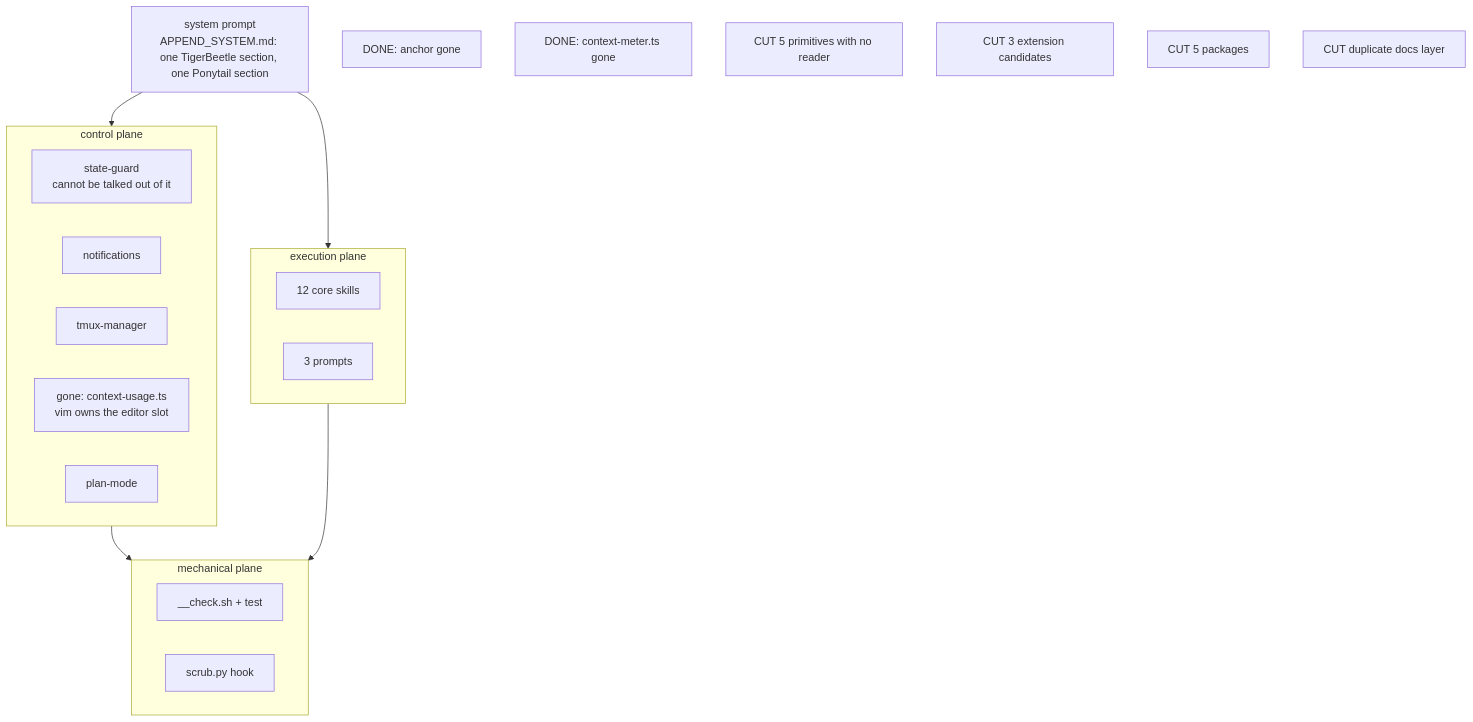
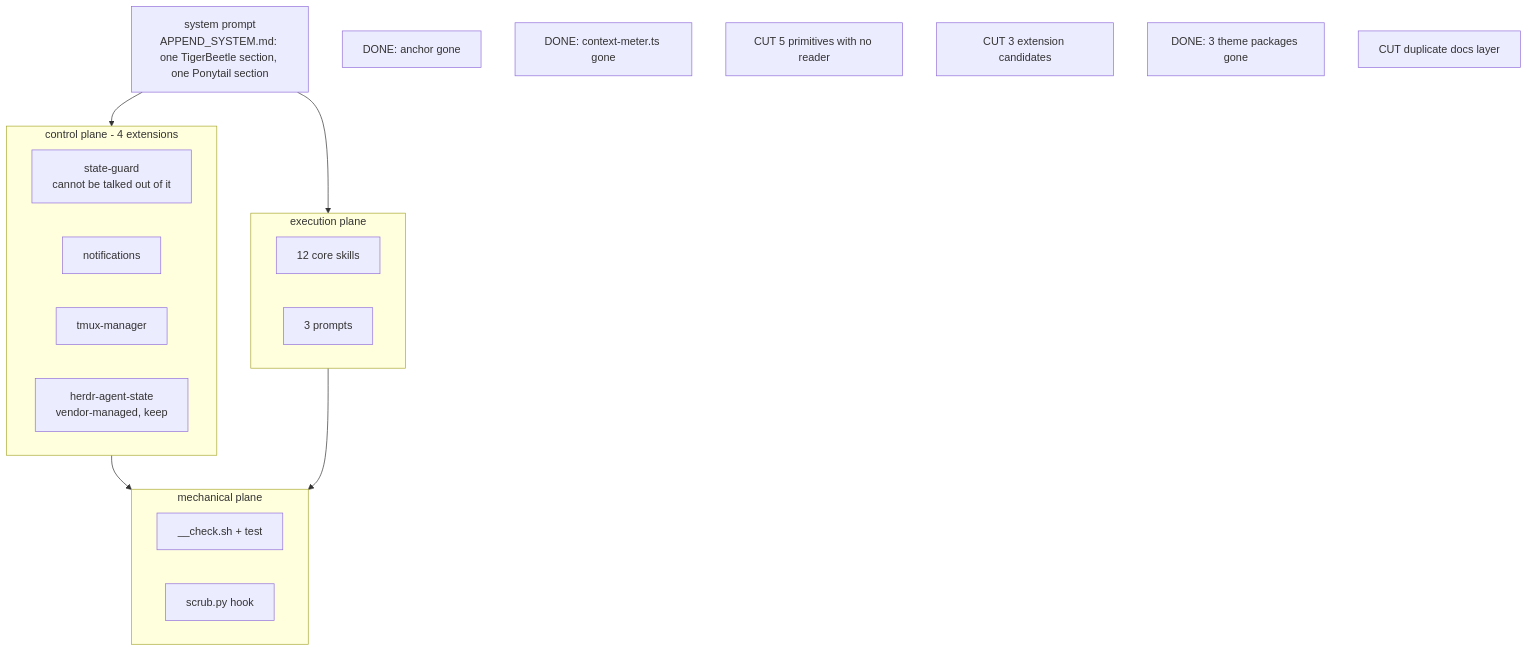
The fourth of 4 diagrams in agent/harness-map.md (sub0xdai/n0x-pi), drawn with Mermaid before and after one commit. The commit also changed other lines of this file and 8 other files, not shown here.

````diff
--- a/agent/harness-map.md
+++ b/agent/harness-map.md
@@ -144,29 +146,28 @@
 ```mermaid
 flowchart TB
     SP["system prompt<br/>APPEND_SYSTEM.md: one TigerBeetle section, one Ponytail section"]
-    subgraph CTL["control plane"]
+    subgraph CTL["control plane - 4 extensions"]
         E1["state-guard<br/>cannot be talked out of it"]
         E2["notifications"]
         E3["tmux-manager"]
-        E4["gone: context-usage.ts<br/>vim owns the editor slot"]
-        E5["plan-mode"]
+        E4["herdr-agent-state<br/>vendor-managed, keep"]
     end
     subgraph PL["execution plane"]
         S1["12 core skills"]
         S2["3 prompts"]
     end
     subgraph MECH["mechanical plane"]
         M1["__check.sh + test"]
         M2["scrub.py hook"]
     end
     CUT1["DONE: anchor gone"]
     CUT2["DONE: context-meter.ts gone"]
     CUT3["CUT 5 primitives with no reader"]
     CUT4["CUT 3 extension candidates"]
-    CUT5["CUT 5 packages"]
+    CUT5["DONE: 3 theme packages gone"]
     CUT6["CUT duplicate docs layer"]
     SP --> CTL
     SP --> PL
     CTL --> MECH
     PL --> MECH
 ```
````
